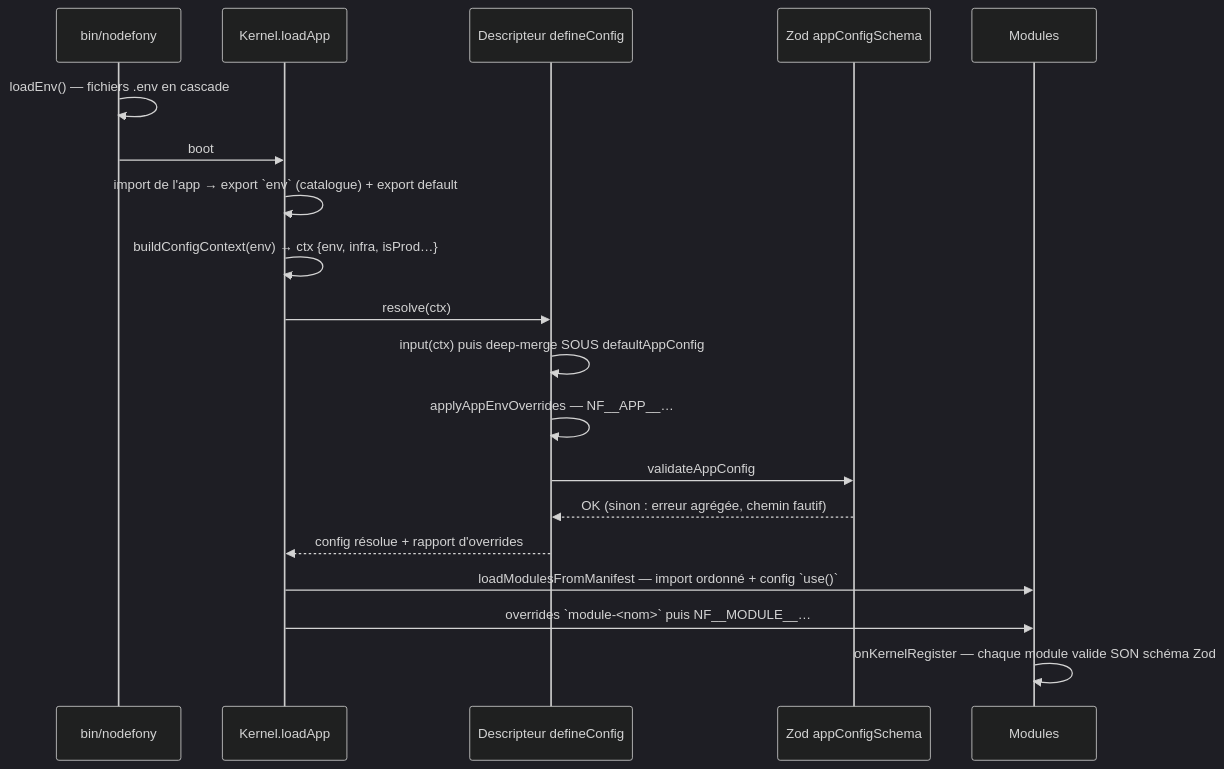
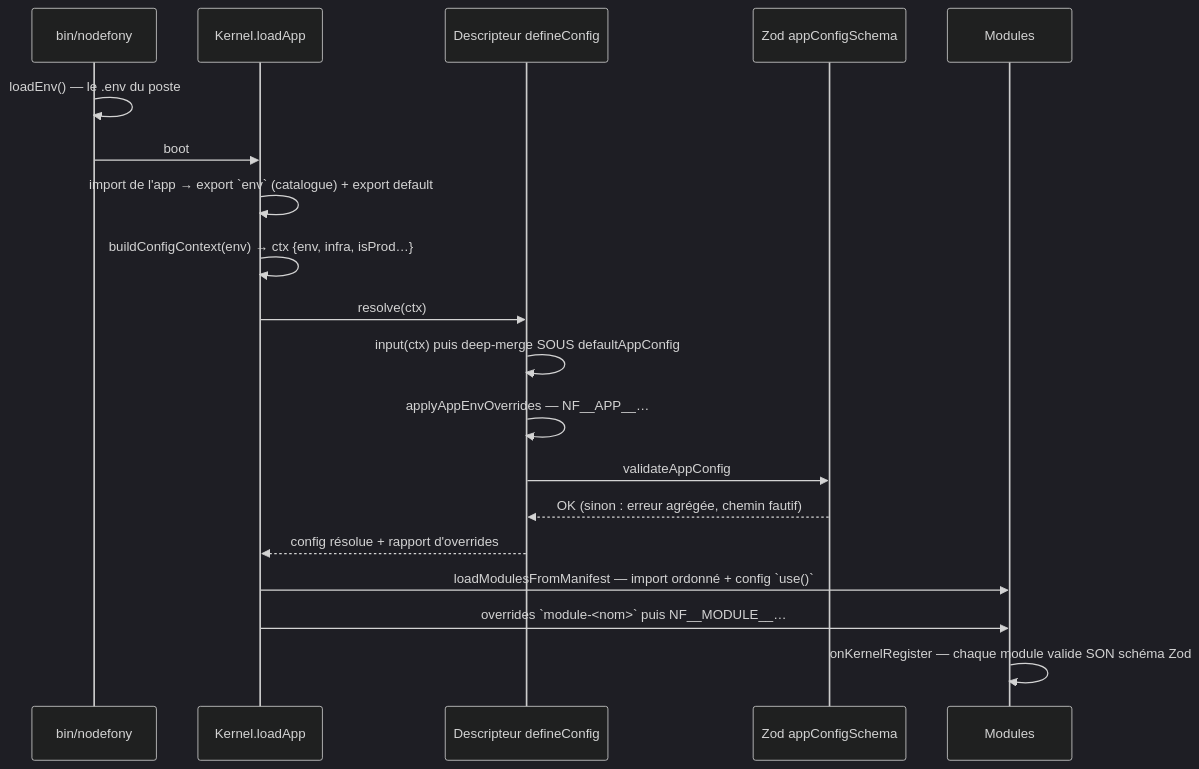
One commit to nodefony/nodefony-core changed the second of 2 diagrams in docs/architecture/configuration.md. Above: the diagram before and after it, drawn with Mermaid (dark theme). The commit also changed other lines of this file and 32 other files, not shown here.

````diff
--- a/docs/architecture/configuration.md
+++ b/docs/architecture/configuration.md
@@ -542,22 +543,22 @@
 ```mermaid
 sequenceDiagram
   participant B as bin/nodefony
   participant K as Kernel.loadApp
   participant D as Descripteur defineConfig
   participant Z as Zod appConfigSchema
   participant M as Modules
 
-  B->>B: loadEnv() — fichiers .env en cascade
+  B->>B: loadEnv() — le .env du poste
   B->>K: boot
   K->>K: import de l'app → export `env` (catalogue) + export default
   K->>K: buildConfigContext(env) → ctx {env, infra, isProd…}
   K->>D: resolve(ctx)
   D->>D: input(ctx) puis deep-merge SOUS defaultAppConfig
   D->>D: applyAppEnvOverrides — NF__APP__…
   D->>Z: validateAppConfig
   Z-->>D: OK (sinon : erreur agrégée, chemin fautif)
   D-->>K: config résolue + rapport d'overrides
   K->>M: loadModulesFromManifest — import ordonné + config `use()`
   K->>M: overrides `module-<nom>` puis NF__MODULE__…
   M->>M: onKernelRegister — chaque module valide SON schéma Zod
 ```
````
